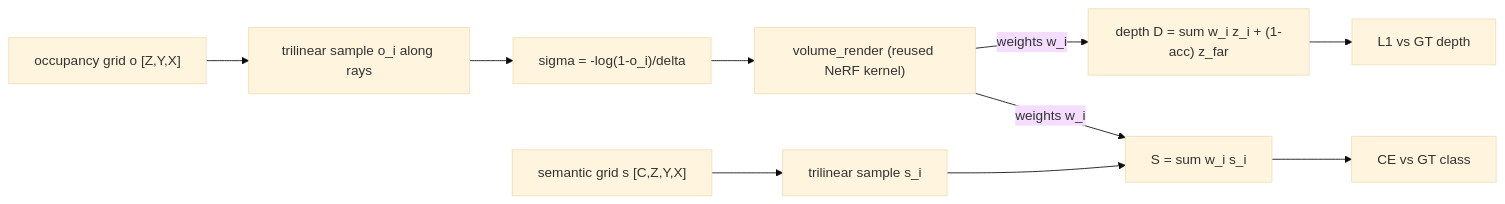
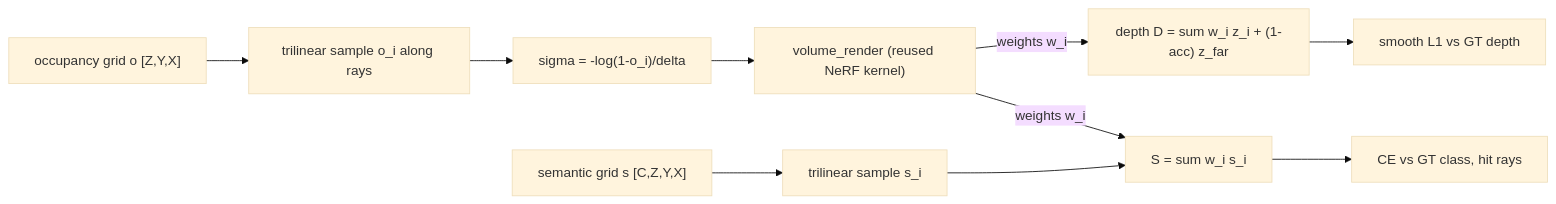
One commit to tanmaniac/nanovision changed the diagram in assignments/a11_5d_occupancy/README.md. Above: the diagram before and after it, drawn with Mermaid (base theme). The commit also changed other lines of this file and 29 other files, not shown here.

````diff
--- a/assignments/a11_5d_occupancy/README.md
+++ b/assignments/a11_5d_occupancy/README.md
@@ -86,12 +297,12 @@
 ```mermaid
 flowchart LR
   A["occupancy grid o [Z,Y,X]"] --> B["trilinear sample o_i along rays"]
   B --> C["sigma = -log(1-o_i)/delta"]
   C --> D["volume_render (reused NeRF kernel)"]
   D -->|weights w_i| E["depth D = sum w_i z_i + (1-acc) z_far"]
   S0["semantic grid s [C,Z,Y,X]"] --> F["trilinear sample s_i"]
   F --> G["S = sum w_i s_i"]
   D -->|weights w_i| G
-  E --> H["L1 vs GT depth"]
-  G --> I["CE vs GT class"]
+  E --> H["smooth L1 vs GT depth"]
+  G --> I["CE vs GT class, hit rays"]
 ```
````
